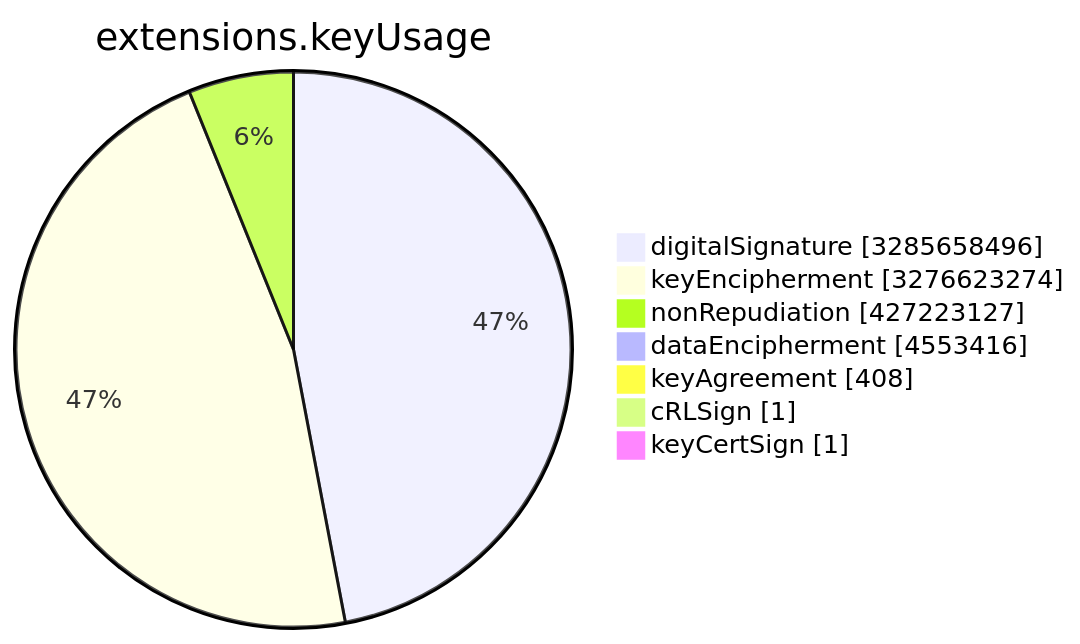
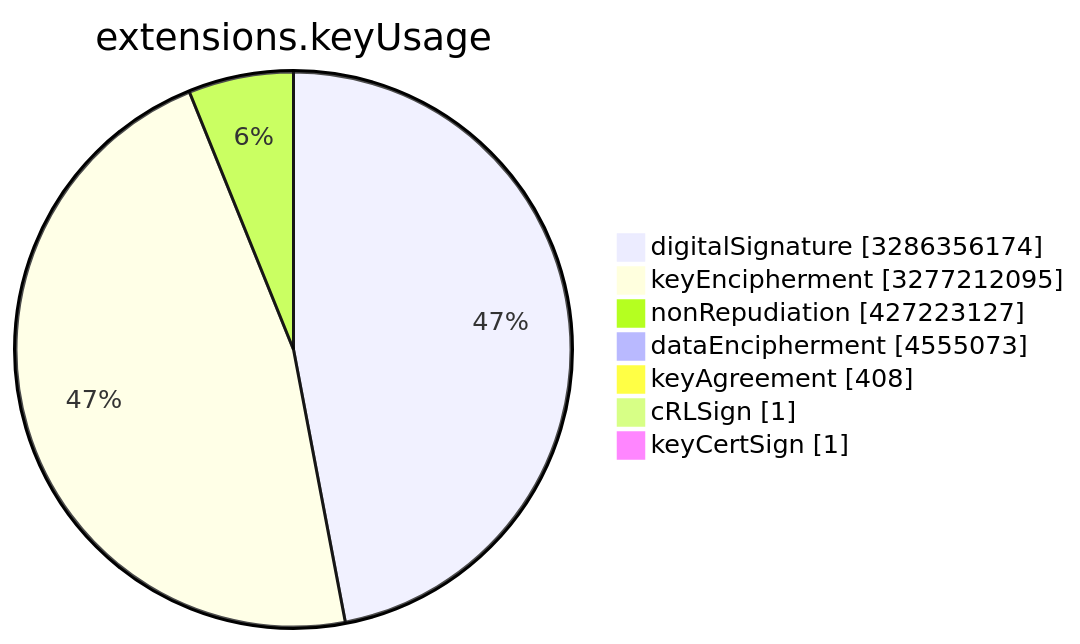
The sixth of 15 diagrams in TOTAL/README.md (christiankrug/ctmonitor_visualization), drawn with Mermaid before and after one commit. The commit also changed other lines of this file, not shown here.

````diff
--- a/TOTAL/README.md
+++ b/TOTAL/README.md
@@ -3078,11 +3078,11 @@
 ```mermaid
 pie showData
 title extensions.keyUsage
-"digitalSignature" :3285658496
-"keyEncipherment" :3276623274
+"digitalSignature" :3286356174
+"keyEncipherment" :3277212095
 "nonRepudiation" :427223127
-"dataEncipherment" :4553416
+"dataEncipherment" :4555073
 "keyAgreement" :408
 "cRLSign" :1
 "keyCertSign" :1
 ```
````
